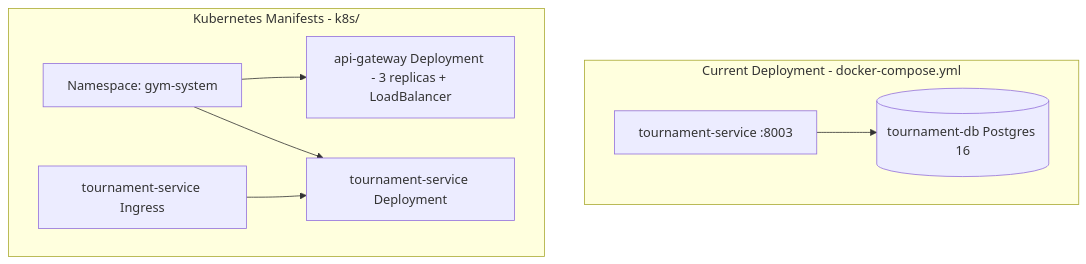
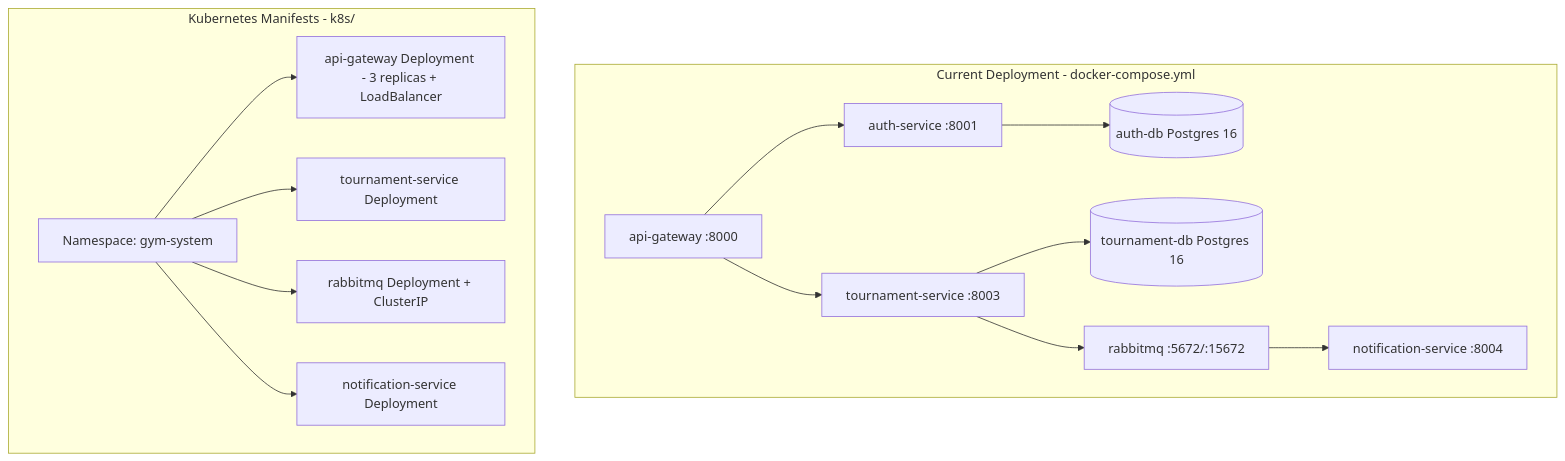
One commit to personnna/software-architecture changed the third of 3 diagrams in docs/architecture/c4-diagrams.md. Above: the diagram before and after it, drawn with Mermaid. The commit also changed other lines of this file and 3 other files, not shown here.

Commit message:
docs: update architecture for RabbitMQ event flow

````diff
--- a/docs/architecture/c4-diagrams.md
+++ b/docs/architecture/c4-diagrams.md
@@ -54,15 +58,25 @@
 ```mermaid
 flowchart TB
     subgraph current["Current Deployment - docker-compose.yml"]
+        GW["api-gateway :8000"]
+        AS["auth-service :8001"] --> ADB[("auth-db Postgres 16")]
         TS["tournament-service :8003"] --> TDB[("tournament-db Postgres 16")]
+        NSVC["notification-service :8004"]
+        MQ["rabbitmq :5672/:15672"]
+        GW --> AS
+        GW --> TS
+        TS --> MQ
+        MQ --> NSVC
     end
     subgraph k8s["Kubernetes Manifests - k8s/"]
         NS["Namespace: gym-system"]
         AG["api-gateway Deployment - 3 replicas + LoadBalancer"]
         TSK["tournament-service Deployment"]
-        ING["tournament-service Ingress"]
+        RAB["rabbitmq Deployment + ClusterIP"]
+        NOTIF["notification-service Deployment"]
         NS --> AG
         NS --> TSK
-        ING --> TSK
+        NS --> RAB
+        NS --> NOTIF
     end
 ```
````
